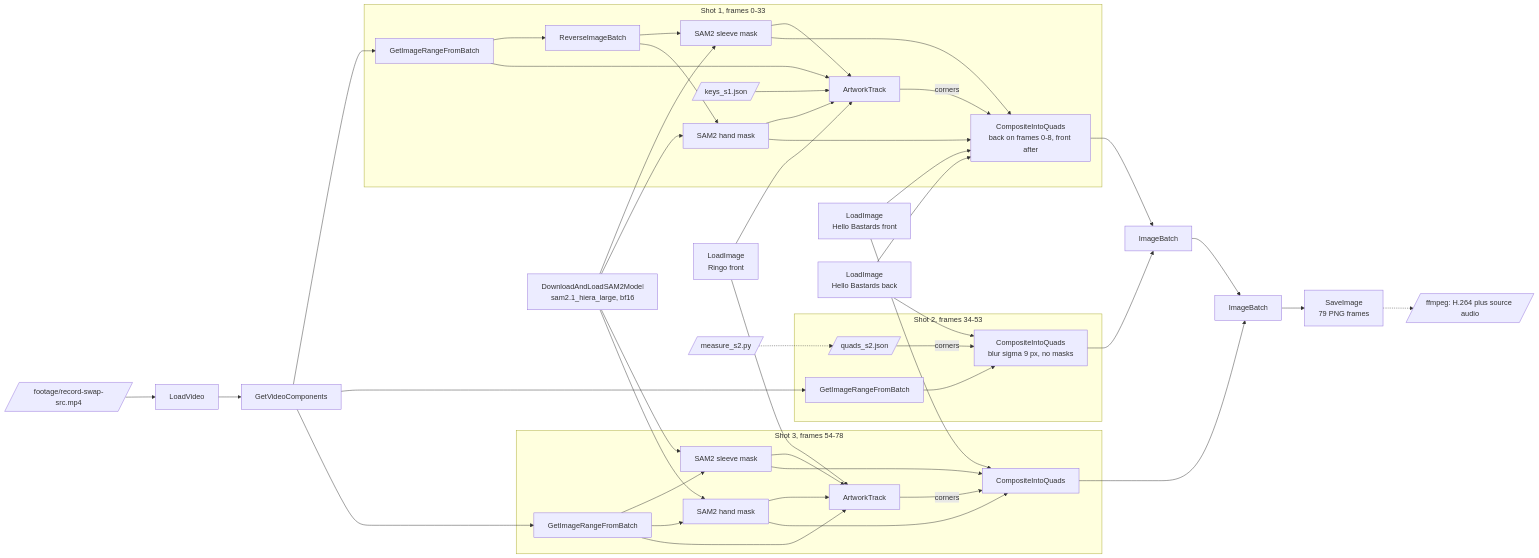
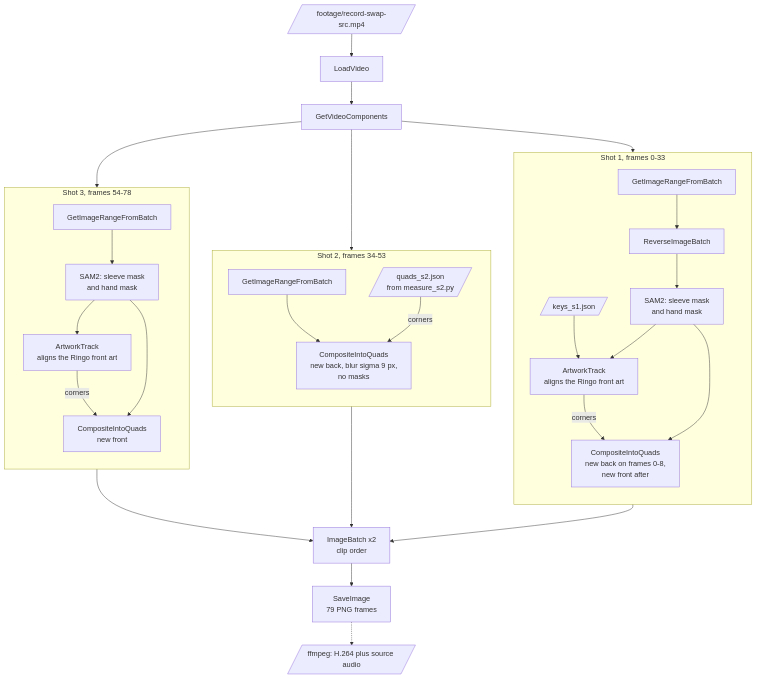
The first of 2 diagrams in examples/record-swap/README.md (tnn1t1s/tnn1t1s-comfy), drawn with Mermaid before and after one commit. The commit also changed other lines of this file, not shown here.

Commit message:
Record-swap example: simpler workflow graph, shots side by side

````diff
--- a/examples/record-swap/README.md
+++ b/examples/record-swap/README.md
@@ -44,58 +44,37 @@
 ```mermaid
-flowchart LR
+flowchart TB
   src[/"footage/record-swap-src.mp4"/] --> load["LoadVideo"] --> comp["GetVideoComponents"]
-  sam["DownloadAndLoadSAM2Model<br/>sam2.1_hiera_large, bf16"]
-  ringo["LoadImage<br/>Ringo front"]
-  front["LoadImage<br/>Hello Bastards front"]
-  back["LoadImage<br/>Hello Bastards back"]
 
   subgraph s1 ["Shot 1, frames 0-33"]
+    direction TB
     r1["GetImageRangeFromBatch"] --> rev["ReverseImageBatch"]
-    rev --> seg1["SAM2 sleeve mask"]
-    rev --> hand1["SAM2 hand mask"]
-    keys[/"keys_s1.json"/] --> at1["ArtworkTrack"]
-    r1 --> at1
+    rev --> seg1["SAM2: sleeve mask<br/>and hand mask"]
+    keys[/"keys_s1.json"/] --> at1["ArtworkTrack<br/>aligns the Ringo front art"]
     seg1 --> at1
-    hand1 --> at1
-    at1 -- "corners" --> c1["CompositeIntoQuads<br/>back on frames 0-8, front after"]
+    at1 -- "corners" --> c1["CompositeIntoQuads<br/>new back on frames 0-8,<br/>new front after"]
     seg1 --> c1
-    hand1 --> c1
   end
 
   subgraph s2 ["Shot 2, frames 34-53"]
-    r2["GetImageRangeFromBatch"] --> c2["CompositeIntoQuads<br/>blur sigma 9 px, no masks"]
-    q2[/"quads_s2.json"/] -- "corners" --> c2
+    direction TB
+    r2["GetImageRangeFromBatch"] --> c2["CompositeIntoQuads<br/>new back, blur sigma 9 px,<br/>no masks"]
+    q2[/"quads_s2.json<br/>from measure_s2.py"/] -- "corners" --> c2
   end
 
   subgraph s3 ["Shot 3, frames 54-78"]
-    r3["GetImageRangeFromBatch"] --> seg3["SAM2 sleeve mask"]
-    r3 --> hand3["SAM2 hand mask"]
-    r3 --> at3["ArtworkTrack"]
-    seg3 --> at3
-    hand3 --> at3
-    at3 -- "corners" --> c3["CompositeIntoQuads"]
+    direction TB
+    r3["GetImageRangeFromBatch"] --> seg3["SAM2: sleeve mask<br/>and hand mask"]
+    seg3 --> at3["ArtworkTrack<br/>aligns the Ringo front art"]
+    at3 -- "corners" --> c3["CompositeIntoQuads<br/>new front"]
     seg3 --> c3
-    hand3 --> c3
   end
 
   comp --> r1
   comp --> r2
   comp --> r3
-  sam --> seg1
-  sam --> hand1
-  sam --> seg3
-  sam --> hand3
-  ringo --> at1
-  ringo --> at3
-  front --> c1
-  back --> c1
-  back --> c2
-  front --> c3
-  measure[/"measure_s2.py"/] -.-> q2
-  c1 --> b1["ImageBatch"]
-  c2 --> b1
-  b1 --> b2["ImageBatch"]
-  c3 --> b2
-  b2 --> save["SaveImage<br/>79 PNG frames"]
+  c1 --> join["ImageBatch x2<br/>clip order"]
+  c2 --> join
+  c3 --> join
+  join --> save["SaveImage<br/>79 PNG frames"]
   save -.-> enc[/"ffmpeg: H.264 plus source audio"/]
 ```
````
